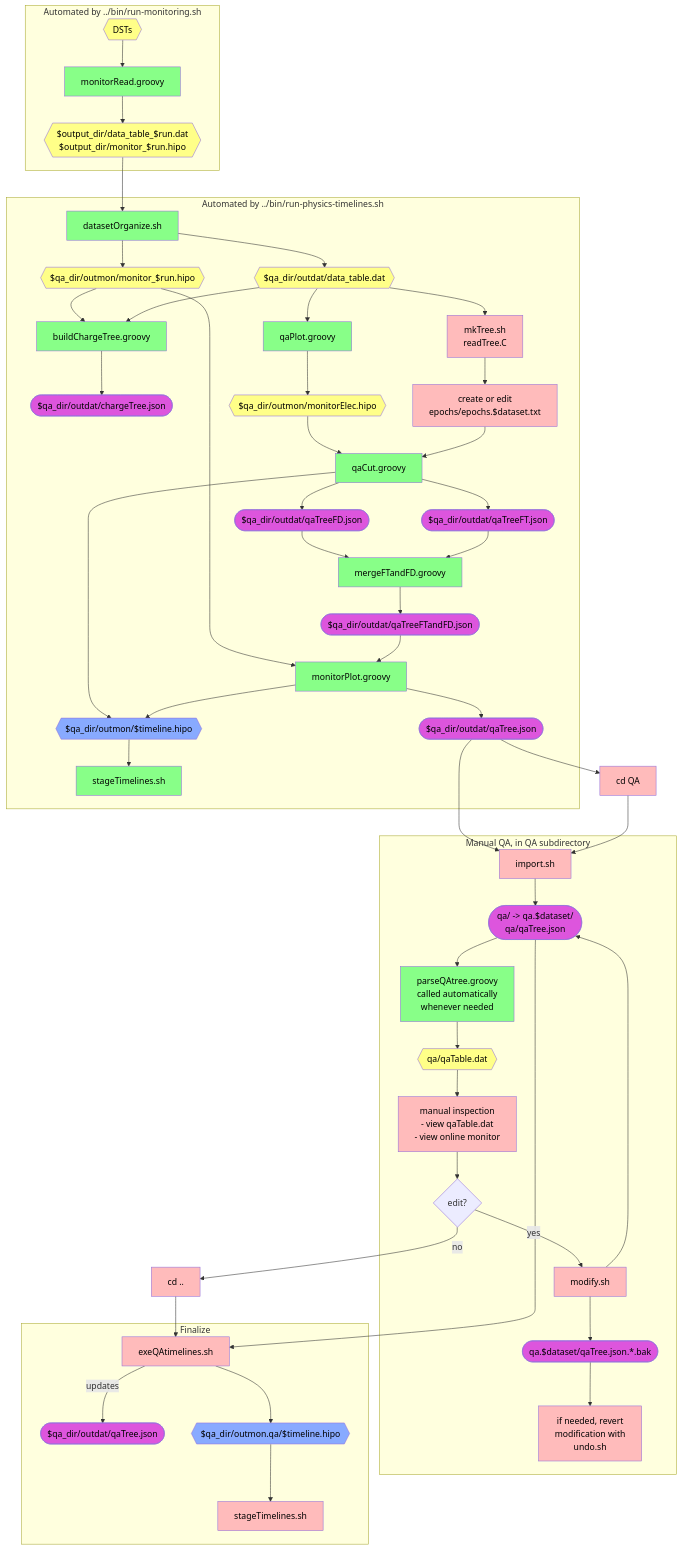
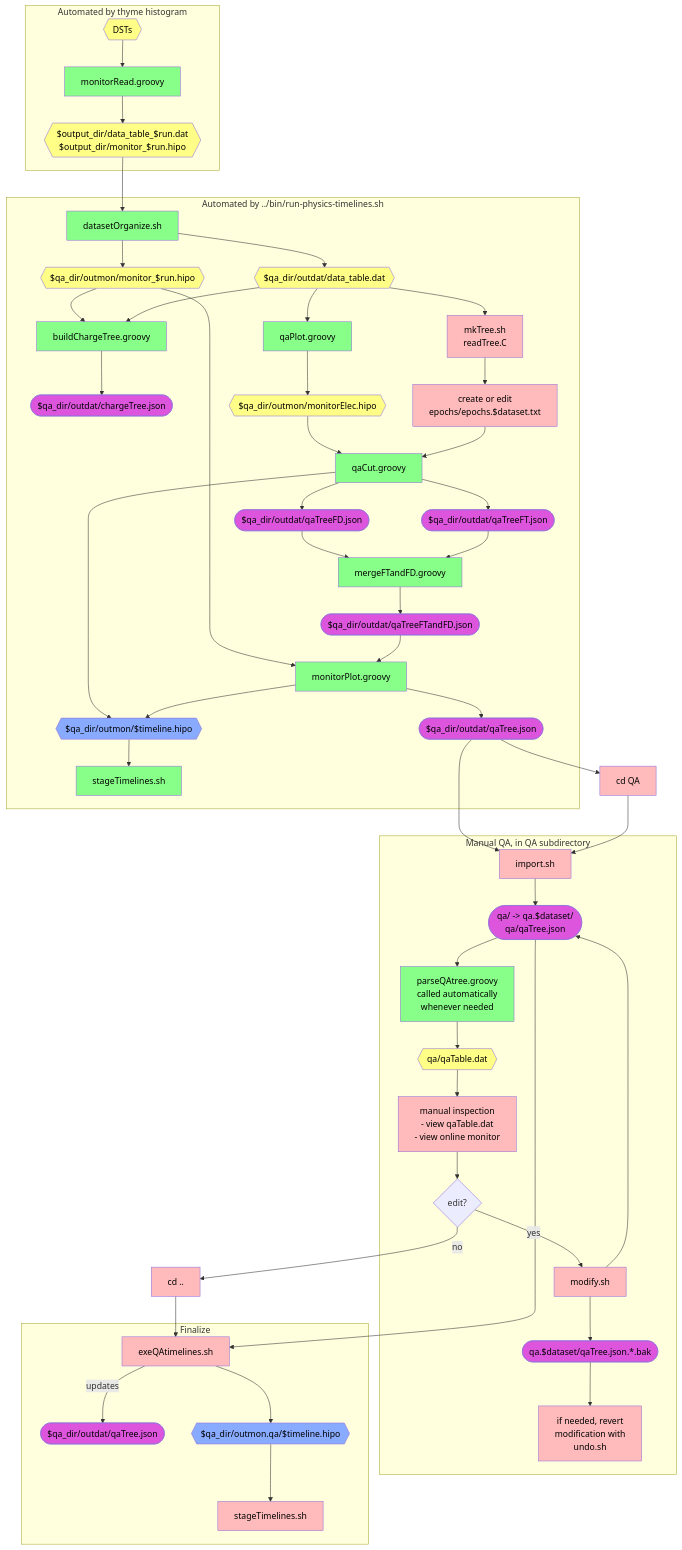
One commit to JeffersonLab/clas12-timeline changed the second of 2 diagrams in qa-physics/docs/docDiagram.md. Above: the diagram before and after it, drawn with Mermaid. The commit also changed 14 other files, not shown here.

````diff
--- a/qa-physics/docs/docDiagram.md
+++ b/qa-physics/docs/docDiagram.md
@@ -30,7 +30,7 @@
 ```mermaid
 flowchart TB
 
-    subgraph "Automated by ../bin/run-monitoring.sh"
+    subgraph "Automated by thyme histogram"
       dst{{DSTs}}:::data
       monitorRead[monitorRead.groovy]:::auto
       monitorReadOut{{$output_dir/data_table_$run.dat<br>$output_dir/monitor_$run.hipo}}:::data
````
